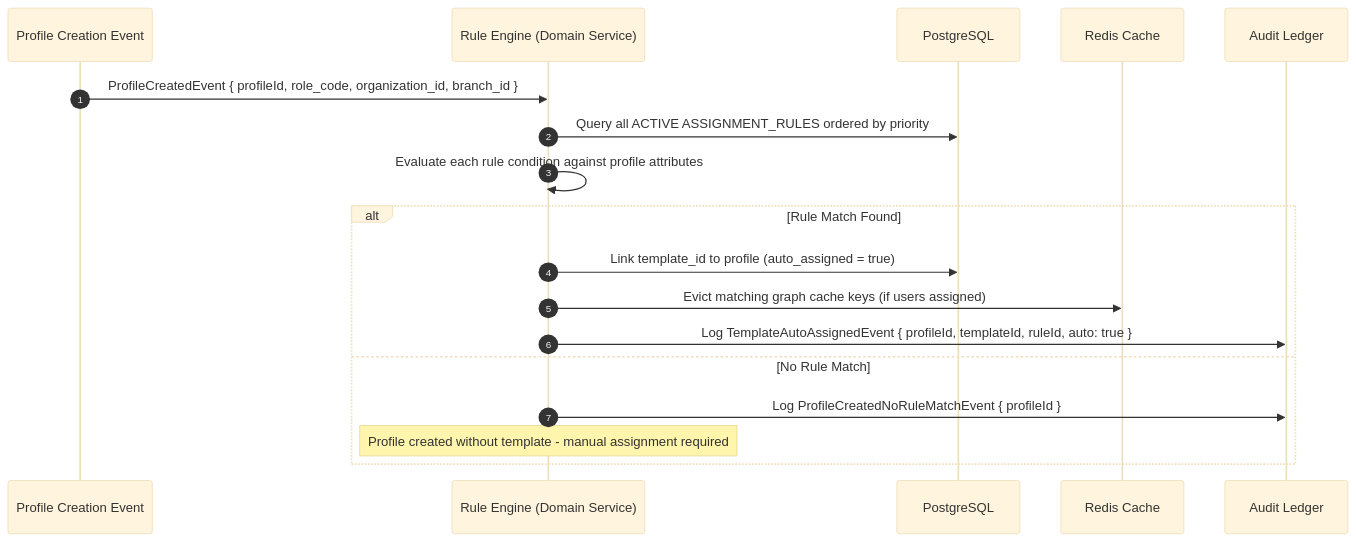
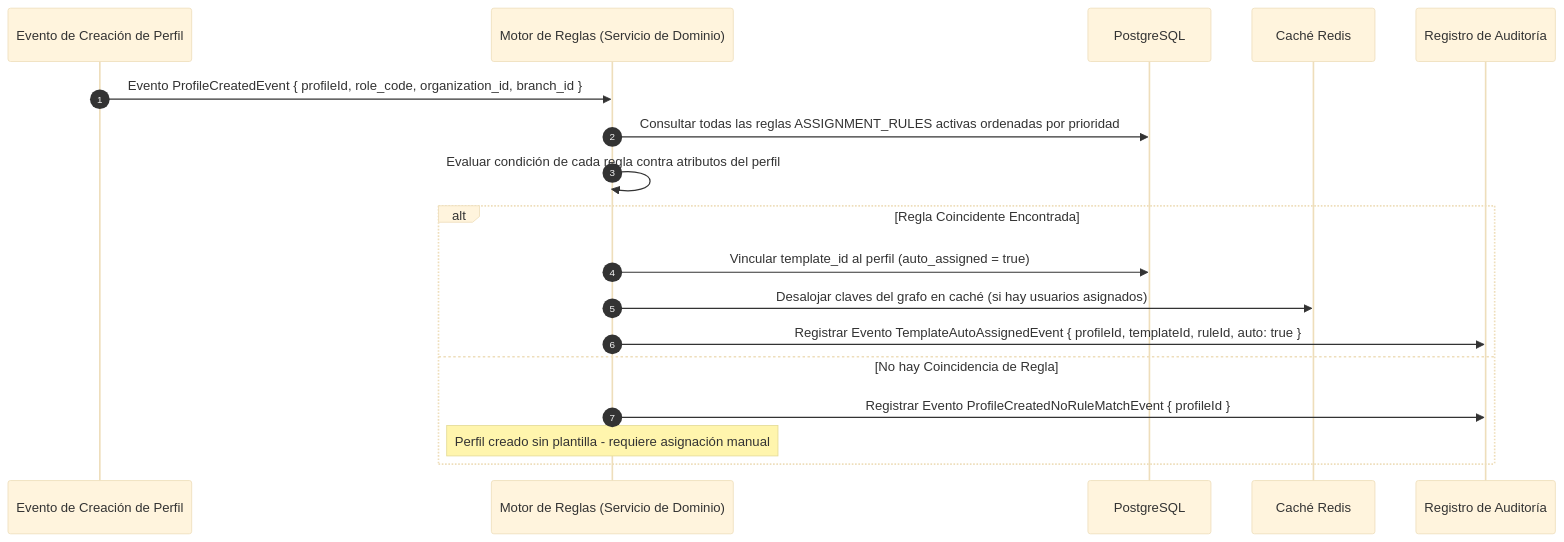
The second of 2 diagrams in src/ums-workspace/docs/es/01-requirements/usecases/uc-07-auto-assign-template.md (beyondnetcode/ums), drawn with Mermaid (base theme) before and after one commit. The commit also changed other lines of this file and 6 other files, not shown here.

Commit message:
docs: complete semantic translation of UC-05 to UC-11, unifying language and diagram nodes to Spanish

````diff
--- a/src/ums-workspace/docs/es/01-requirements/usecases/uc-07-auto-assign-template.md
+++ b/src/ums-workspace/docs/es/01-requirements/usecases/uc-07-auto-assign-template.md
@@ -43,21 +41,21 @@
 ```mermaid
 sequenceDiagram
     autonumber
-    participant Trigger as Profile Creation Event
-    participant Engine as Rule Engine (Domain Service)
+    participant Trigger as Evento de Creación de Perfil
+    participant Engine as Motor de Reglas (Servicio de Dominio)
     participant DB as PostgreSQL
-    participant Cache as Redis Cache
-    participant Audit as Audit Ledger
+    participant Cache as Caché Redis
+    participant Audit as Registro de Auditoría
 
-    Trigger->>Engine: ProfileCreatedEvent { profileId, role_code, organization_id, branch_id }
-    Engine->>DB: Query all ACTIVE ASSIGNMENT_RULES ordered by priority
-    Engine->>Engine: Evaluate each rule condition against profile attributes
-    alt Rule Match Found
-        Engine->>DB: Link template_id to profile (auto_assigned = true)
-        Engine->>Cache: Evict matching graph cache keys (if users assigned)
-        Engine->>Audit: Log TemplateAutoAssignedEvent { profileId, templateId, ruleId, auto: true }
-    else No Rule Match
-        Engine->>Audit: Log ProfileCreatedNoRuleMatchEvent { profileId }
-        Note over Engine: Profile created without template - manual assignment required
+    Trigger->>Engine: Evento ProfileCreatedEvent { profileId, role_code, organization_id, branch_id }
+    Engine->>DB: Consultar todas las reglas ASSIGNMENT_RULES activas ordenadas por prioridad
+    Engine->>Engine: Evaluar condición de cada regla contra atributos del perfil
+    alt Regla Coincidente Encontrada
+        Engine->>DB: Vincular template_id al perfil (auto_assigned = true)
+        Engine->>Cache: Desalojar claves del grafo en caché (si hay usuarios asignados)
+        Engine->>Audit: Registrar Evento TemplateAutoAssignedEvent { profileId, templateId, ruleId, auto: true }
+    else No hay Coincidencia de Regla
+        Engine->>Audit: Registrar Evento ProfileCreatedNoRuleMatchEvent { profileId }
+        Note over Engine: Perfil creado sin plantilla - requiere asignación manual
     end
 ```
````
